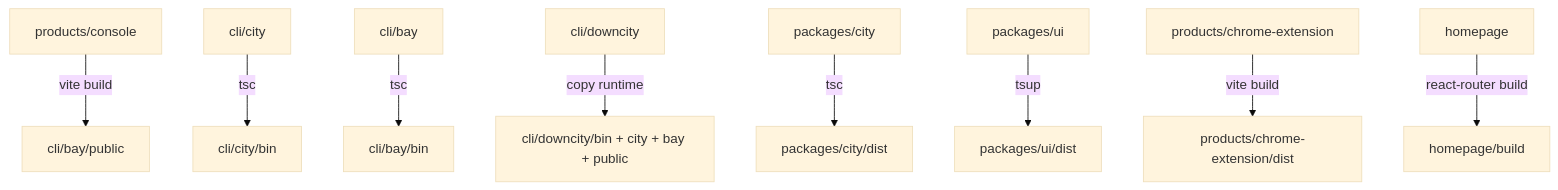
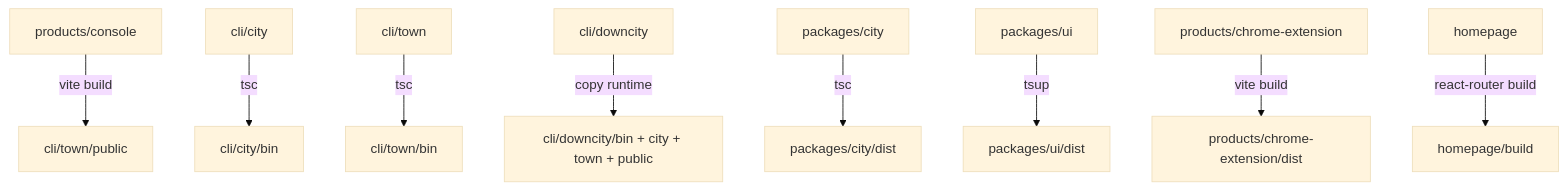
Before and after one commit to wangenius/downcity: the third of 4 diagrams in homepage/content/devdocs/zh/architecture/workspace-package-structure.mdx, drawn with Mermaid (base theme). The commit also changed other lines of this file and 1247 other files, not shown here.

Commit message:
feat(city): rename visa and bay concepts

````diff
--- a/homepage/content/devdocs/zh/architecture/workspace-package-structure.mdx
+++ b/homepage/content/devdocs/zh/architecture/workspace-package-structure.mdx
@@ -130,11 +130,11 @@
 ```mermaid
 flowchart TD
-    ConsoleSrc["products/console"] -- vite build --> ConsolePublic["cli/bay/public"]
+    ConsoleSrc["products/console"] -- vite build --> ConsolePublic["cli/town/public"]
     CityCliSrc["cli/city"] -- tsc --> CityCliBin["cli/city/bin"]
-    BayCliSrc["cli/bay"] -- tsc --> BayCliBin["cli/bay/bin"]
-    BundleSrc["cli/downcity"] -- copy runtime --> BundleBin["cli/downcity/bin + city + bay + public"]
+    BayCliSrc["cli/town"] -- tsc --> BayCliBin["cli/town/bin"]
+    BundleSrc["cli/downcity"] -- copy runtime --> BundleBin["cli/downcity/bin + city + town + public"]
     RuntimeSrc["packages/city"] -- tsc --> RuntimeDist["packages/city/dist"]
     UISrc["packages/ui"] -- tsup --> UIDist["packages/ui/dist"]
     ExtensionSrc["products/chrome-extension"] -- vite build --> ExtensionDist["products/chrome-extension/dist"]
     HomepageSrc["homepage"] -- react-router build --> HomepageBuild["homepage/build"]
 ```
````
